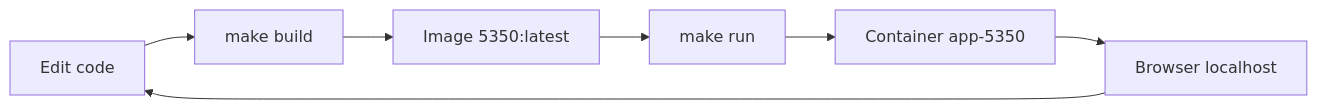
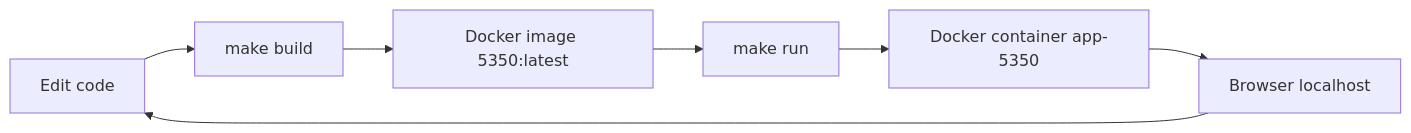
One commit to iportilla/5350-docker changed the first of 3 diagrams in README.md. Above: the diagram before and after it, drawn with Mermaid. The commit also changed other lines of this file and 6 other files, not shown here.

````diff
--- a/README.md
+++ b/README.md
@@ -16,9 +15,9 @@
 ```mermaid
 flowchart LR
   A[Edit code] --> B[make build]
-  B --> C[Image 5350:latest]
+  B --> C[Docker image 5350:latest]
   C --> D[make run]
-  D --> E[Container app-5350]
+  D --> E[Docker container app-5350]
   E --> F[Browser localhost]
   F --> A
 ```
````
